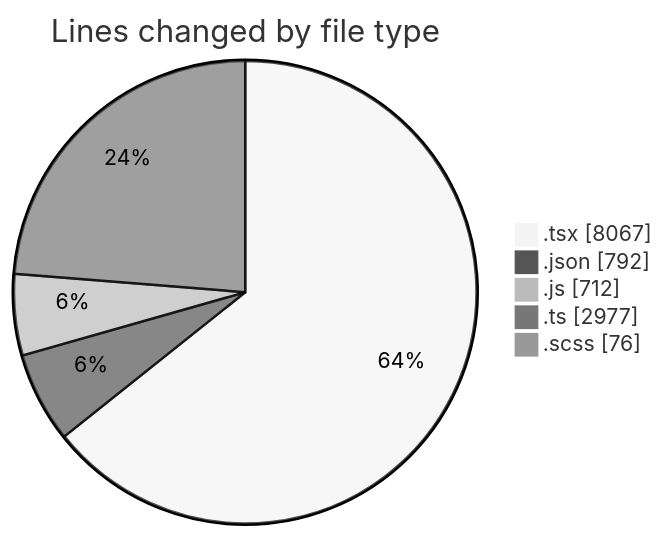
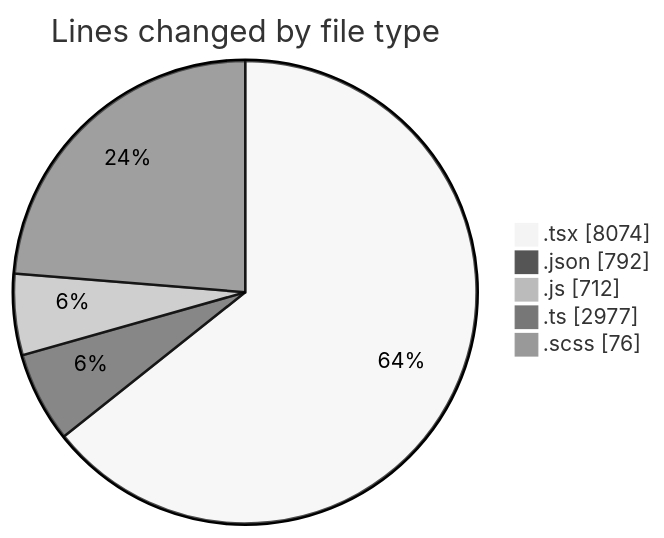
The first of 2 diagrams in 2026-08-07/cda/README.md (momahboobian/code-tracking), drawn with Mermaid (neutral theme) before and after one commit. The commit also changed other lines of this file and 1 other file, not shown here.

````diff
--- a/2026-08-07/cda/README.md
+++ b/2026-08-07/cda/README.md
@@ -35,9 +35,9 @@
 ```mermaid
 pie showData
 title Lines changed by file type
-".tsx" : 8067
+".tsx" : 8074
 ".json" : 792
 ".js" : 712
 ".ts" : 2977
 ".scss" : 76
 ```
````
